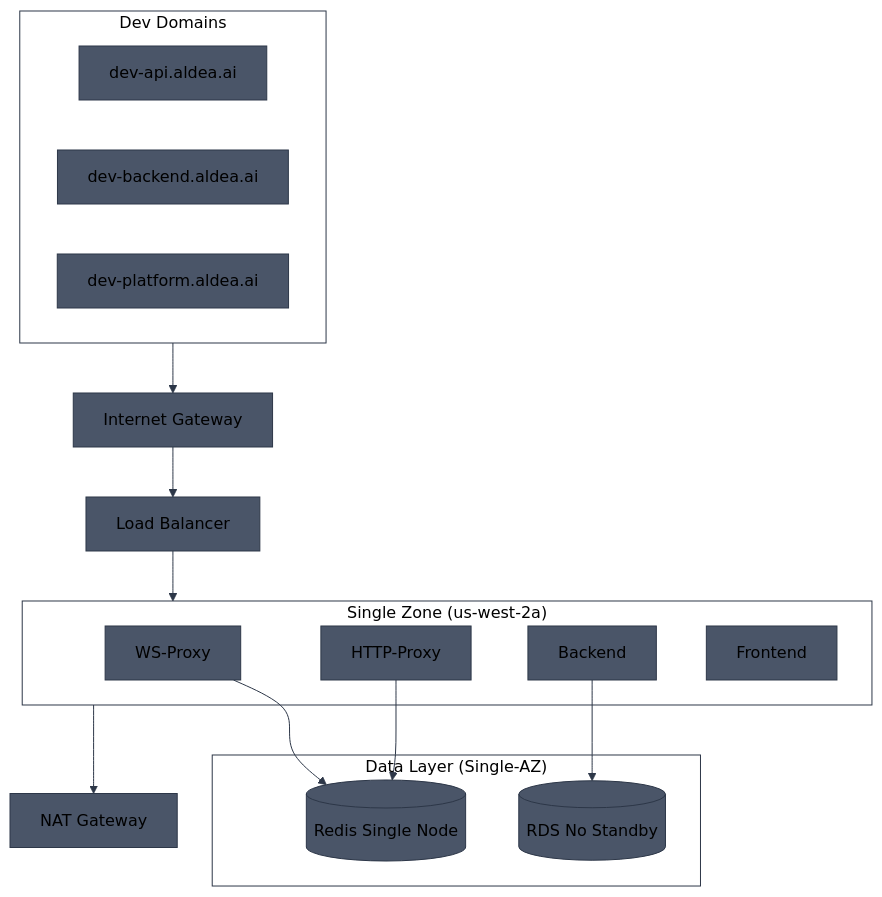
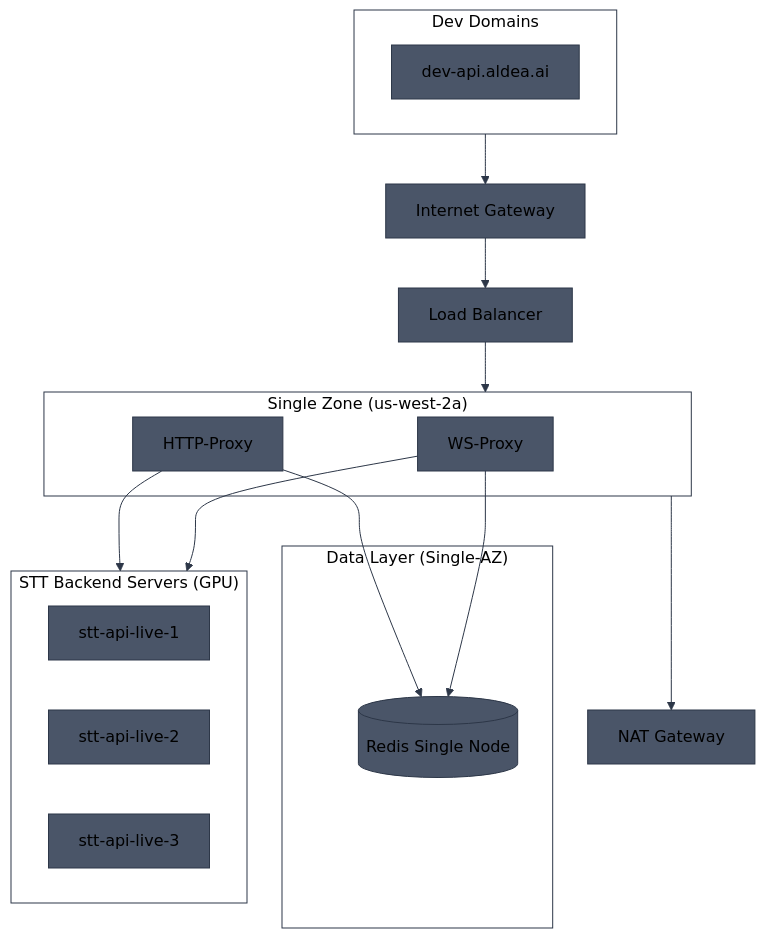
The seventh of 8 diagrams in diagrams/ecs-architecture.md (aldea-ai/infrastructure-docs), drawn with Mermaid before and after one commit. The commit also changed other lines of this file, not shown here.

Commit message:
Add STT backend servers (GPU) to diagrams showing proxy traffic destinations

````diff
--- a/diagrams/ecs-architecture.md
+++ b/diagrams/ecs-architecture.md
@@ -257,30 +257,31 @@
 ```mermaid
 %%{init: {'theme': 'base', 'themeVariables': { 'primaryColor': '#4a5568', 'primaryTextColor': '#000', 'primaryBorderColor': '#2d3748', 'lineColor': '#2d3748', 'secondaryColor': '#5a6577', 'tertiaryColor': '#6b7280', 'clusterBkg': 'transparent', 'clusterBorder': '#2d3748', 'titleColor': '#000'}}}%%
 flowchart TB
     subgraph Domains["Dev Domains"]
         D1[dev-api.aldea.ai]
-        D2[dev-backend.aldea.ai]
-        D3[dev-platform.aldea.ai]
     end
 
     IGW[Internet Gateway]
     ALB[Load Balancer]
     NAT[NAT Gateway]
 
     subgraph AZ_A["Single Zone (us-west-2a)"]
         WS[WS-Proxy]
         HTTP[HTTP-Proxy]
-        BE[Backend]
-        FE[Frontend]
     end
 
     subgraph Data["Data Layer (Single-AZ)"]
         REDIS[(Redis Single Node)]
-        RDS[(RDS No Standby)]
+    end
+
+    subgraph STT["STT Backend Servers (GPU)"]
+        STT1[stt-api-live-1]
+        STT2[stt-api-live-2]
+        STT3[stt-api-live-3]
     end
 
     Domains --> IGW --> ALB --> AZ_A
     AZ_A --> NAT
     WS & HTTP --> REDIS
-    BE --> RDS
+    WS & HTTP --> STT
 ```
````
